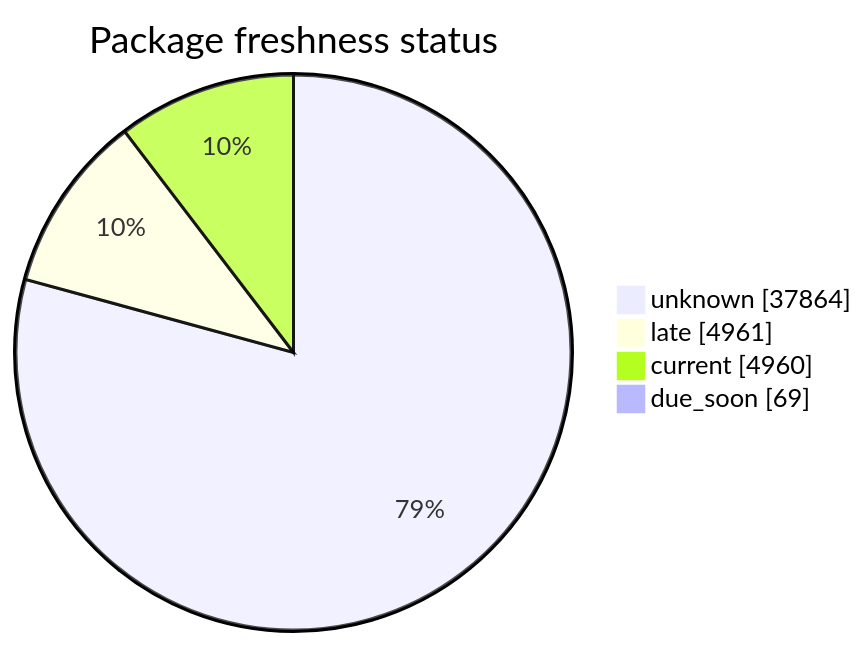
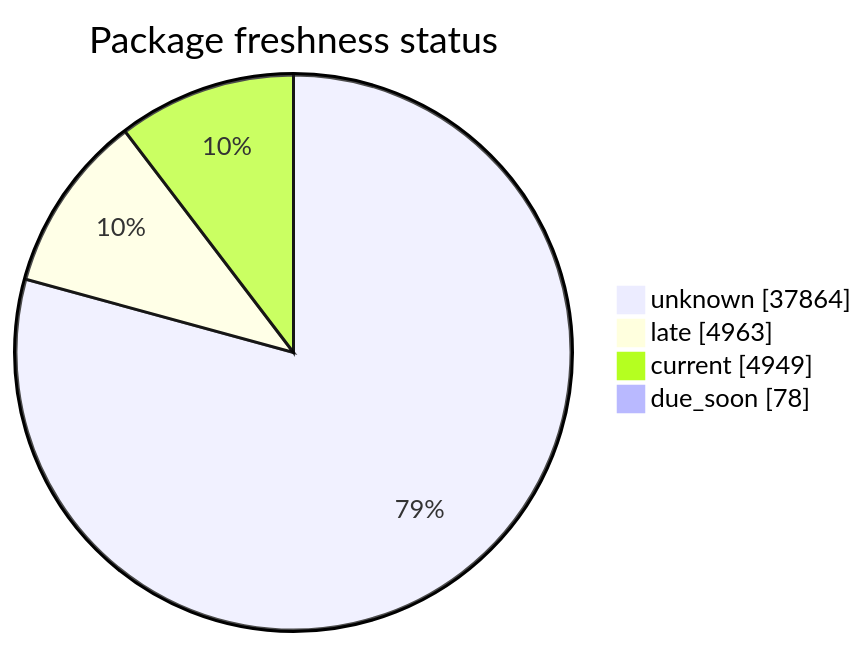
The second of 5 diagrams in FreshCheck/README.md (open-data/analytics-corporate-reporting), drawn with Mermaid before and after one commit. The commit also changed other lines of this file and 3 other files, not shown here.

````diff
--- a/FreshCheck/README.md
+++ b/FreshCheck/README.md
@@ -68,7 +68,7 @@
 ```mermaid
 pie showData title Package freshness status
     "unknown": 37864
-    "late": 4961
-    "current": 4960
-    "due_soon": 69
+    "late": 4963
+    "current": 4949
+    "due_soon": 78
 ```
````
